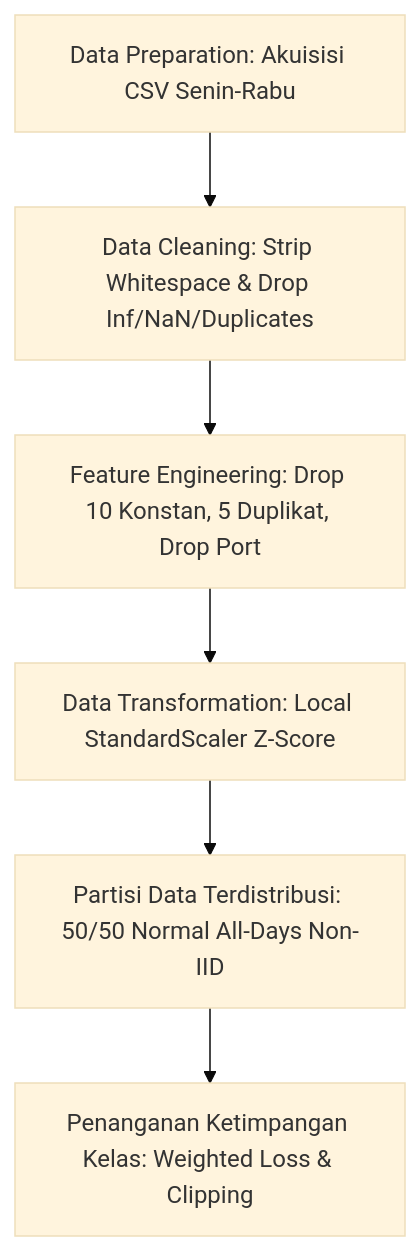
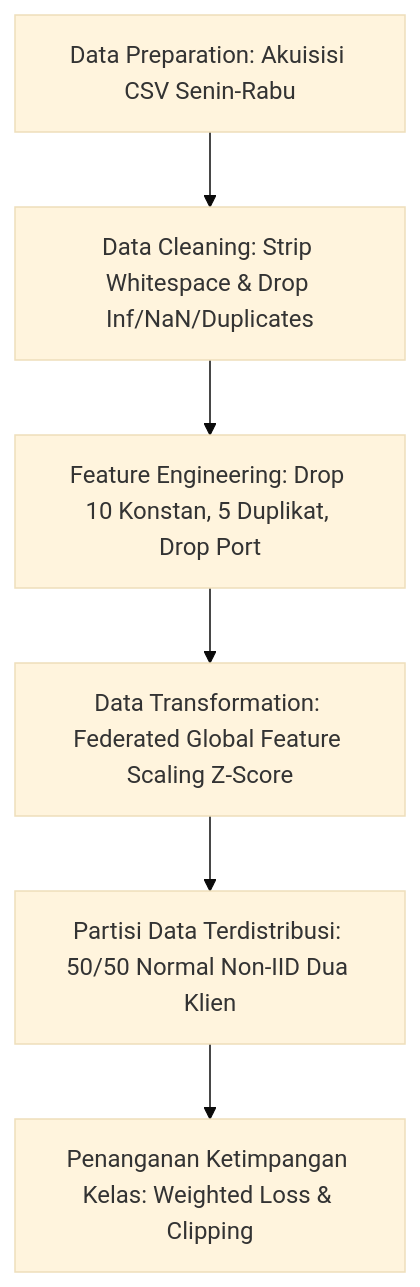
The fourth of 6 diagrams in Penulisan/Bab-3-Metodologi-Penelitian.md (rhaffle87/brief-thesis), drawn with Mermaid (base theme) before and after one commit. The commit also changed other lines of this file and 10 other files, not shown here.

````diff
--- a/Penulisan/Bab-3-Metodologi-Penelitian.md
+++ b/Penulisan/Bab-3-Metodologi-Penelitian.md
@@ -112,8 +113,8 @@
 ```mermaid
 flowchart TD
     P1[Data Preparation: Akuisisi CSV Senin-Rabu] --> P2[Data Cleaning: Strip Whitespace & Drop Inf/NaN/Duplicates]
     P2 --> P3[Feature Engineering: Drop 10 Konstan, 5 Duplikat, Drop Port]
-    P3 --> P4[Data Transformation: Local StandardScaler Z-Score]
-    P4 --> P5[Partisi Data Terdistribusi: 50/50 Normal All-Days Non-IID]
+    P3 --> P4[Data Transformation: Federated Global Feature Scaling Z-Score]
+    P4 --> P5[Partisi Data Terdistribusi: 50/50 Normal Non-IID Dua Klien]
     P5 --> P6[Penanganan Ketimpangan Kelas: Weighted Loss & Clipping]
 ```
````
